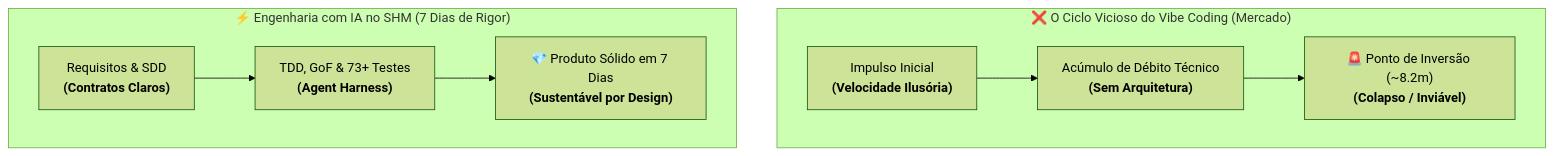
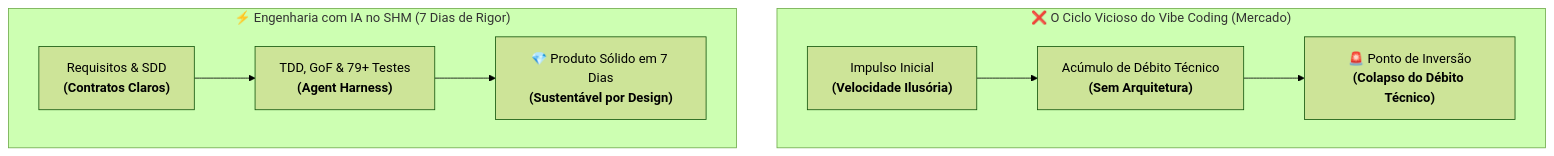
One commit to andresouza72br-sketch/SHM---Support-Hours-Manage changed the first of 2 diagrams in Manifesto/manifesto.md. Above: the diagram before and after it, drawn with Mermaid (forest theme). The commit also changed other lines of this file and 2 other files, not shown here.

````diff
--- a/Manifesto/manifesto.md
+++ b/Manifesto/manifesto.md
@@ -44,12 +44,12 @@
 ```mermaid
 flowchart TD
     subgraph Vibe["❌ O Ciclo Vicioso do Vibe Coding (Mercado)"]
         direction LR
-        V1["Impulso Inicial<br><b>(Velocidade Ilusória)</b>"] --> V2["Acúmulo de Débito Técnico<br><b>(Sem Arquitetura)</b>"] --> V3["🚨 Ponto de Inversão (~8.2m)<br><b>(Colapso / Inviável)</b>"]
+        V1["Impulso Inicial<br><b>(Velocidade Ilusória)</b>"] --> V2["Acúmulo de Débito Técnico<br><b>(Sem Arquitetura)</b>"] --> V3["🚨 Ponto de Inversão<br><b>(Colapso do Débito Técnico)</b>"]
     end
     
     subgraph SHM["⚡ Engenharia com IA no SHM (7 Dias de Rigor)"]
         direction LR
-        S1["Requisitos & SDD<br><b>(Contratos Claros)</b>"] --> S2["TDD, GoF & 73+ Testes<br><b>(Agent Harness)</b>"] --> S3["💎 Produto Sólido em 7 Dias<br><b>(Sustentável por Design)</b>"]
+        S1["Requisitos & SDD<br><b>(Contratos Claros)</b>"] --> S2["TDD, GoF & 79+ Testes<br><b>(Agent Harness)</b>"] --> S3["💎 Produto Sólido em 7 Dias<br><b>(Sustentável por Design)</b>"]
     end
 ```
````
